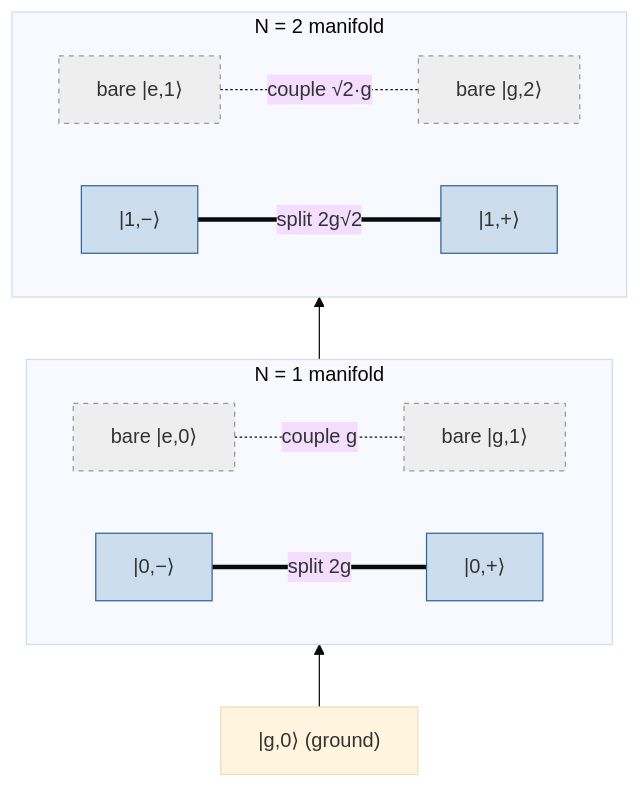
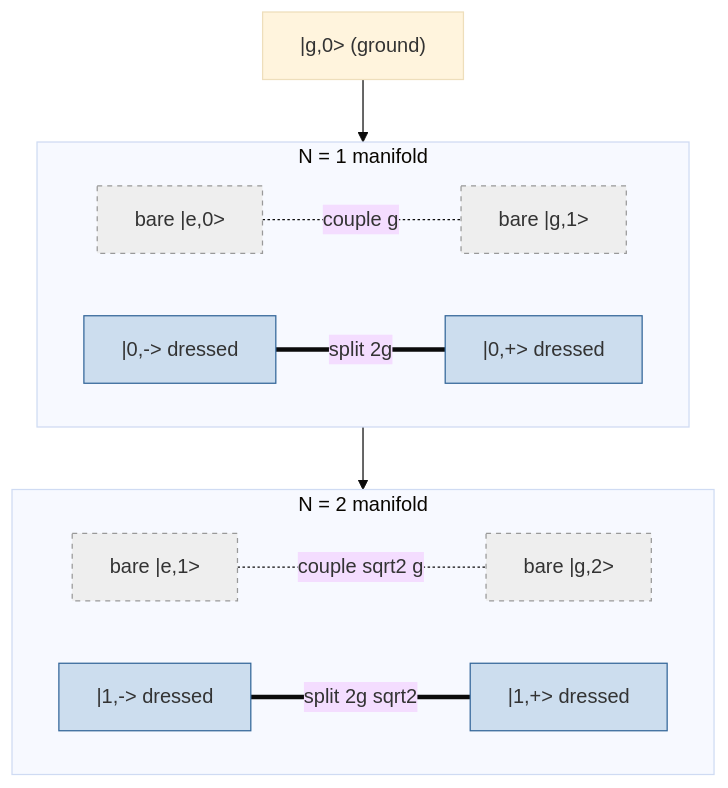
Before and after one commit to Iamsohungrynow/superconducting-qubits-journey: the first of 2 diagrams in tutorial/05-circuit-qed.md, drawn with Mermaid (base theme). The commit also changed other lines of this file and 11 other files, not shown here.

Commit message:
Rewrite Mermaid diagrams for clear GitHub rendering (TD layout, short labels)

````diff
--- a/tutorial/05-circuit-qed.md
+++ b/tutorial/05-circuit-qed.md
@@ -46,25 +46,25 @@
 ```mermaid
-graph BT
-    G["|g,0⟩  (ground)"]
+flowchart TD
+    G["|g,0> (ground)"]
     subgraph N1["N = 1 manifold"]
       direction LR
-      B1a["bare |e,0⟩"]:::bare
-      B1b["bare |g,1⟩"]:::bare
-      D1m["|0,−⟩"]:::dressed
-      D1p["|0,+⟩"]:::dressed
+      B1a["bare |e,0>"]:::bare
+      B1b["bare |g,1>"]:::bare
+      D1m["|0,-> dressed"]:::dressed
+      D1p["|0,+> dressed"]:::dressed
     end
     subgraph N2["N = 2 manifold"]
       direction LR
-      B2a["bare |e,1⟩"]:::bare
-      B2b["bare |g,2⟩"]:::bare
-      D2m["|1,−⟩"]:::dressed
-      D2p["|1,+⟩"]:::dressed
+      B2a["bare |e,1>"]:::bare
+      B2b["bare |g,2>"]:::bare
+      D2m["|1,-> dressed"]:::dressed
+      D2p["|1,+> dressed"]:::dressed
     end
     G --> N1 --> N2
     B1a -. "couple g" .- B1b
     D1m == "split 2g" === D1p
-    B2a -. "couple √2·g" .- B2b
-    D2m == "split 2g√2" === D2p
+    B2a -. "couple sqrt2 g" .- B2b
+    D2m == "split 2g sqrt2" === D2p
     classDef bare fill:#eee,stroke:#999,stroke-dasharray:4;
     classDef dressed fill:#cde,stroke:#369;
 ```
````
